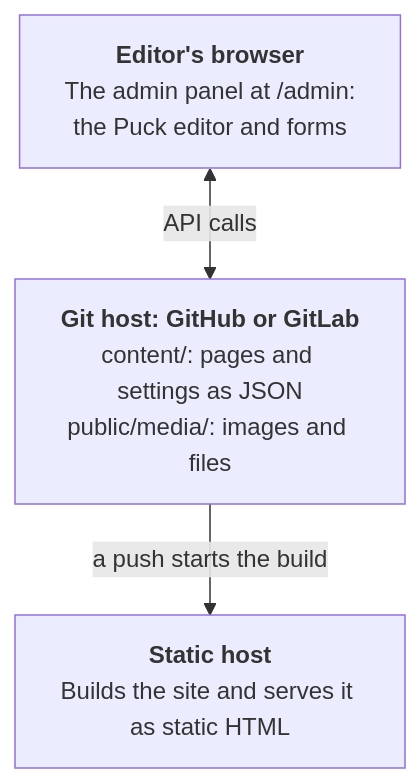
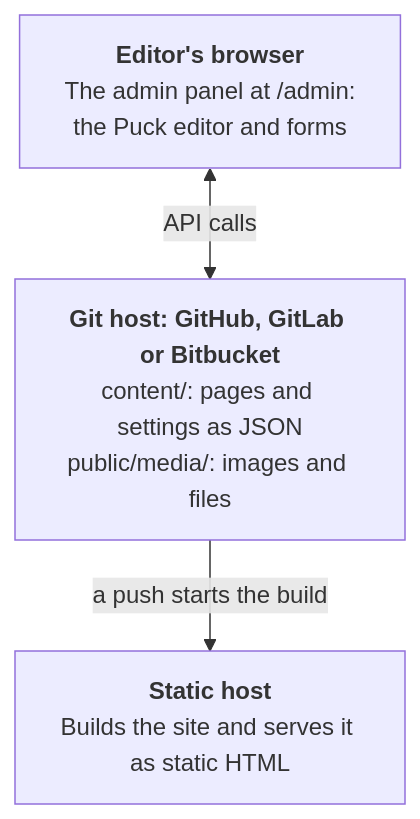
The diagram in README.md (goodfellow-cms/goodfellow-cms), drawn with Mermaid before and after one commit. The commit also changed other lines of this file and 100 other files, not shown here.

First line of the commit message:
Store sites on Bitbucket Cloud (roadmap step 36)

````diff
--- a/README.md
+++ b/README.md
@@ -16,8 +16,8 @@
 ```mermaid
 flowchart TB
   editor["<b>Editor's browser</b><br>The admin panel at /admin:<br>the Puck editor and forms"]
-  git["<b>Git host: GitHub or GitLab</b><br>content/: pages and settings as JSON<br>public/media/: images and files"]
+  git["<b>Git host: GitHub, GitLab or Bitbucket</b><br>content/: pages and settings as JSON<br>public/media/: images and files"]
   site["<b>Static host</b><br>Builds the site and serves it as static HTML"]
   editor <-->|API calls| git
   git -->|a push starts the build| site
 ```
````
